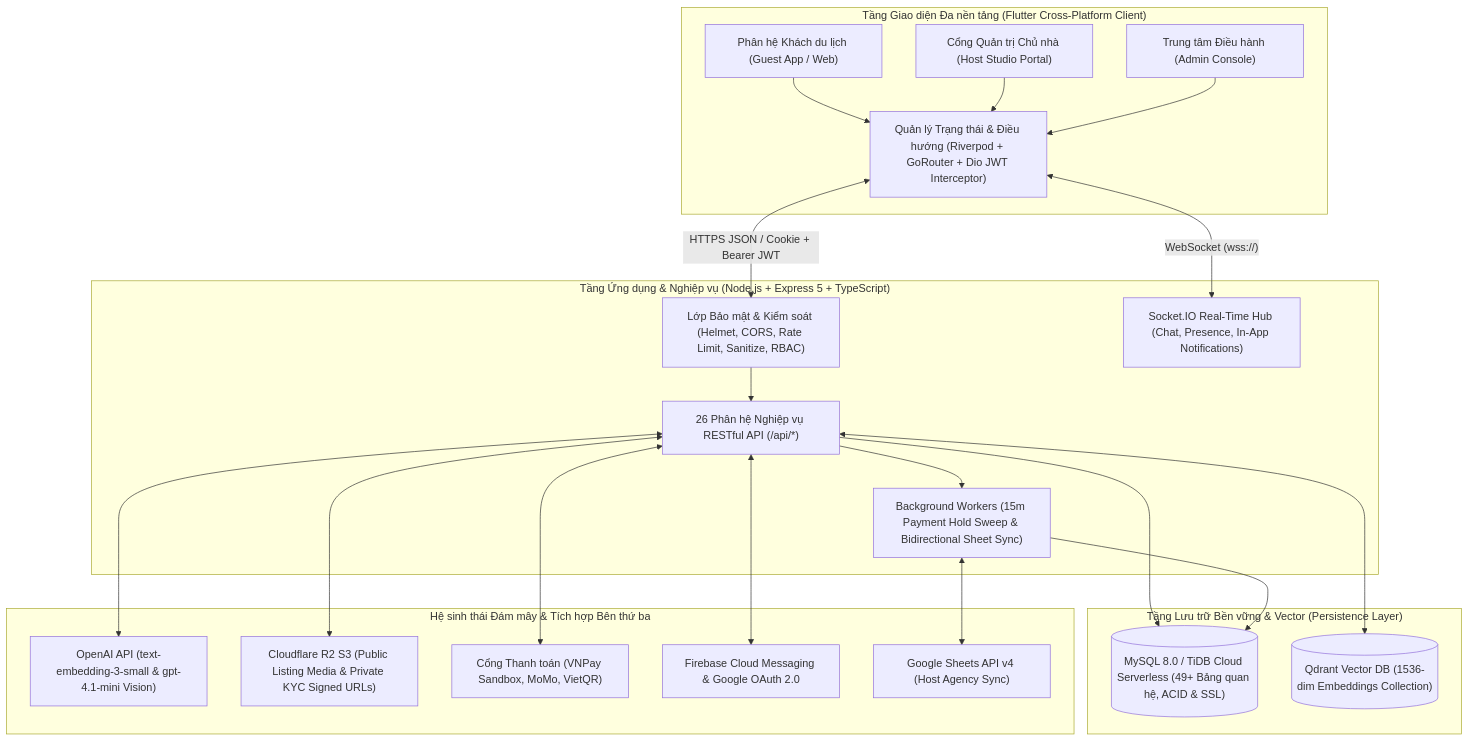
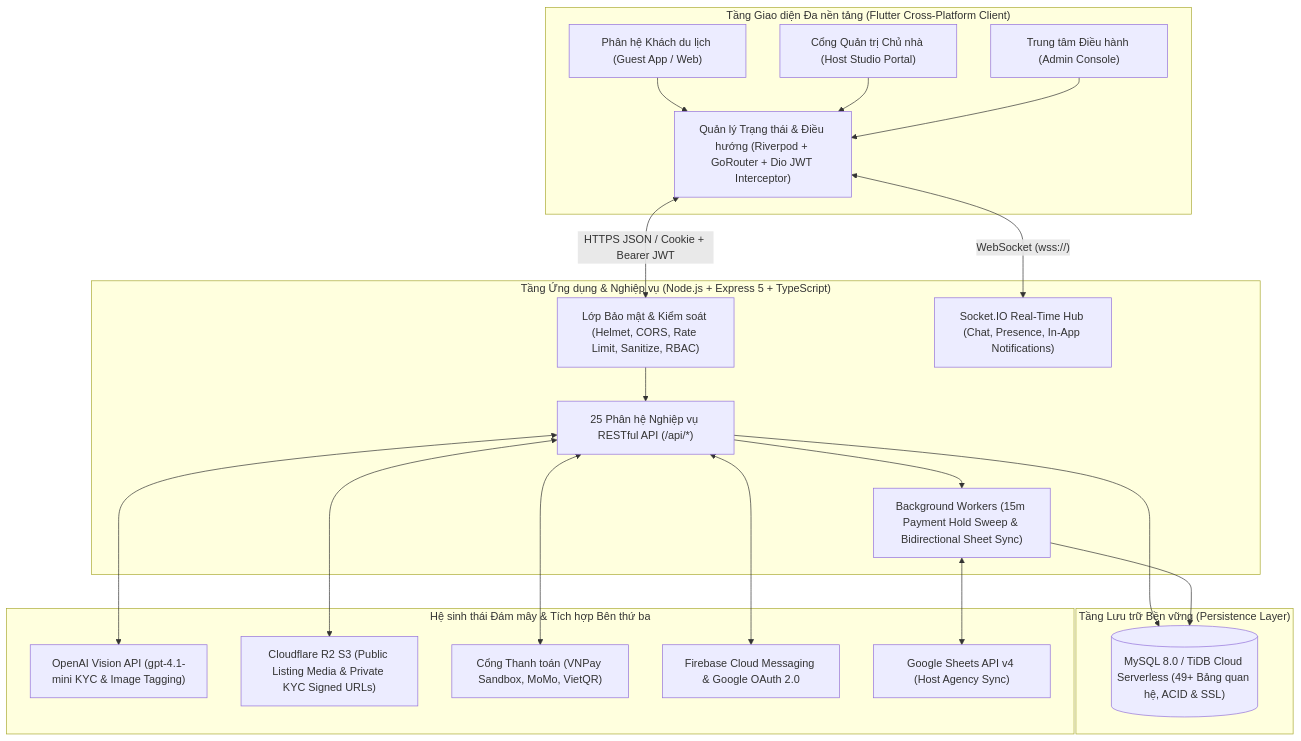
The first of 3 diagrams in README.md (DangKimAn/Software-Project-Management), drawn with Mermaid before and after one commit. The commit also changed other lines of this file and 64 other files, not shown here.

````diff
--- a/README.md
+++ b/README.md
@@ -88,45 +87,43 @@
 ```mermaid
 flowchart TB
     subgraph ClientLayer["Tầng Giao diện Đa nền tảng (Flutter Cross-Platform Client)"]
         GuestUI["Phân hệ Khách du lịch (Guest App / Web)"]
         HostUI["Cổng Quản trị Chủ nhà (Host Studio Portal)"]
         AdminUI["Trung tâm Điều hành (Admin Console)"]
         StateDI["Quản lý Trạng thái & Điều hướng (Riverpod + GoRouter + Dio JWT Interceptor)"]
         GuestUI --> StateDI
         HostUI --> StateDI
         AdminUI --> StateDI
     end
 
     subgraph ServerLayer["Tầng Ứng dụng & Nghiệp vụ (Node.js + Express 5 + TypeScript)"]
         SecMW["Lớp Bảo mật & Kiểm soát (Helmet, CORS, Rate Limit, Sanitize, RBAC)"]
-        REST["26 Phân hệ Nghiệp vụ RESTful API (/api/*)"]
+        REST["25 Phân hệ Nghiệp vụ RESTful API (/api/*)"]
         SocketHub["Socket.IO Real-Time Hub (Chat, Presence, In-App Notifications)"]
         Workers["Background Workers (15m Payment Hold Sweep & Bidirectional Sheet Sync)"]
         SecMW --> REST
         REST --> Workers
     end
 
-    subgraph DataLayer["Tầng Lưu trữ Bền vững & Vector (Persistence Layer)"]
+    subgraph DataLayer["Tầng Lưu trữ Bền vững (Persistence Layer)"]
         MySQL[("MySQL 8.0 / TiDB Cloud Serverless (49+ Bảng quan hệ, ACID & SSL)")]
-        Qdrant[("Qdrant Vector DB (1536-dim Embeddings Collection)")]
     end
 
     subgraph CloudEcosystem["Hệ sinh thái Đám mây & Tích hợp Bên thứ ba"]
-        OpenAI["OpenAI API (text-embedding-3-small & gpt-4.1-mini Vision)"]
+        OpenAI["OpenAI Vision API (gpt-4.1-mini KYC & Image Tagging)"]
         R2["Cloudflare R2 S3 (Public Listing Media & Private KYC Signed URLs)"]
         PayGW["Cổng Thanh toán (VNPay Sandbox, MoMo, VietQR)"]
         FCM["Firebase Cloud Messaging & Google OAuth 2.0"]
         GSheets["Google Sheets API v4 (Host Agency Sync)"]
     end
 
     StateDI <-->|"HTTPS JSON / Cookie + Bearer JWT"| SecMW
     StateDI <-->|"WebSocket (wss://)"| SocketHub
     REST --> MySQL
     Workers --> MySQL
-    REST <--> Qdrant
     REST <--> OpenAI
     REST <--> R2
     REST <--> PayGW
     REST <--> FCM
     Workers <--> GSheets
 ```
````
